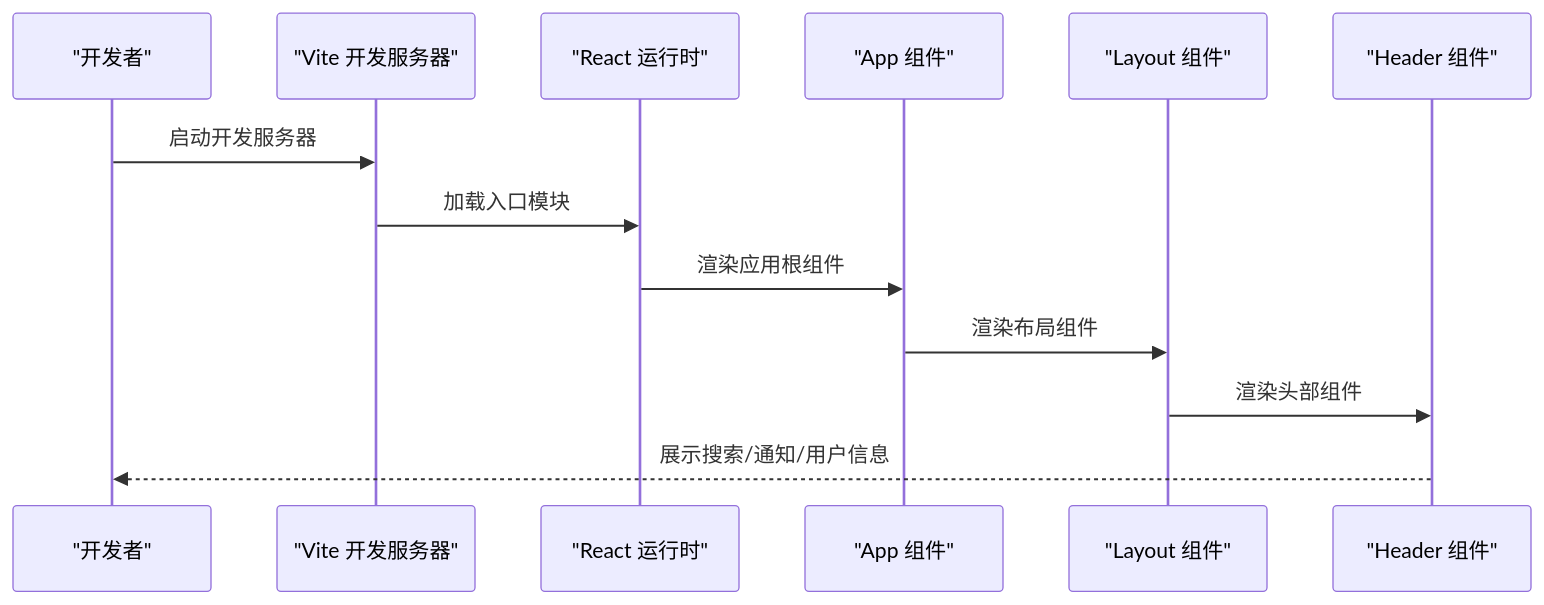
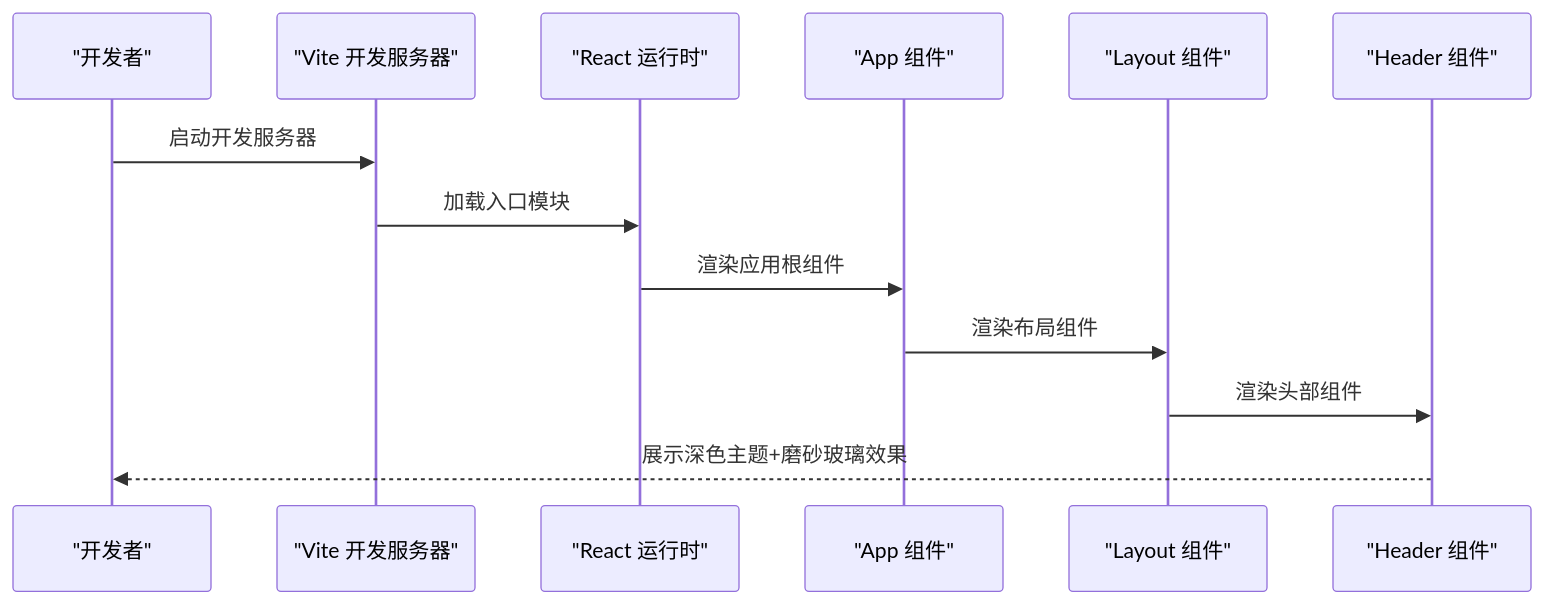
The sixth of 7 diagrams in .qoder/repowiki/zh/content/核心组件/头部组件 (Header).md (xianjianshenqu/SalesFlow-CRM), drawn with Mermaid before and after one commit. The commit also changed other lines of this file and 9 other files, not shown here.

````diff
--- a/.qoder/repowiki/zh/content/核心组件/头部组件 (Header).md
+++ b/.qoder/repowiki/zh/content/核心组件/头部组件 (Header).md
@@ -264,15 +261,15 @@
 ```mermaid
 sequenceDiagram
 participant Dev as "开发者"
 participant Vite as "Vite 开发服务器"
 participant React as "React 运行时"
 participant App as "App 组件"
 participant Layout as "Layout 组件"
 participant Header as "Header 组件"
 Dev->>Vite : 启动开发服务器
 Vite->>React : 加载入口模块
 React->>App : 渲染应用根组件
 App->>Layout : 渲染布局组件
 Layout->>Header : 渲染头部组件
-Header-->>Dev : 展示搜索/通知/用户信息
+Header-->>Dev : 展示深色主题+磨砂玻璃效果
 ```
````
